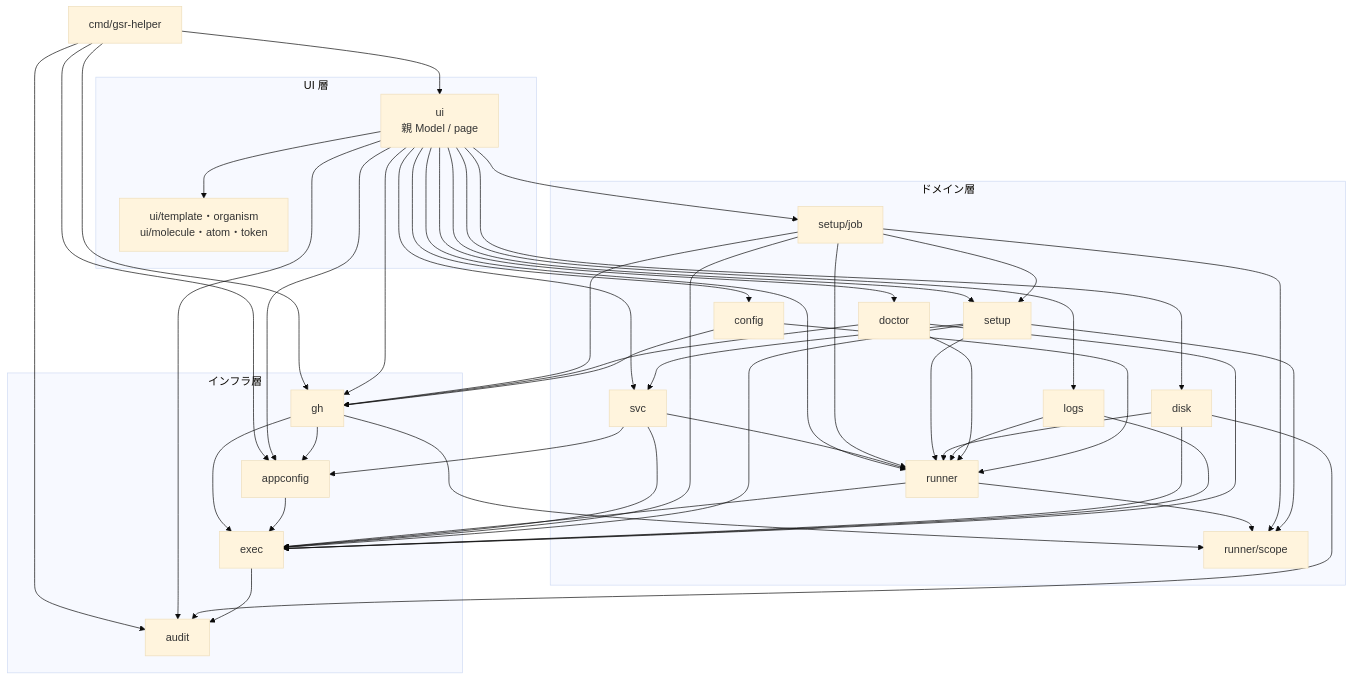
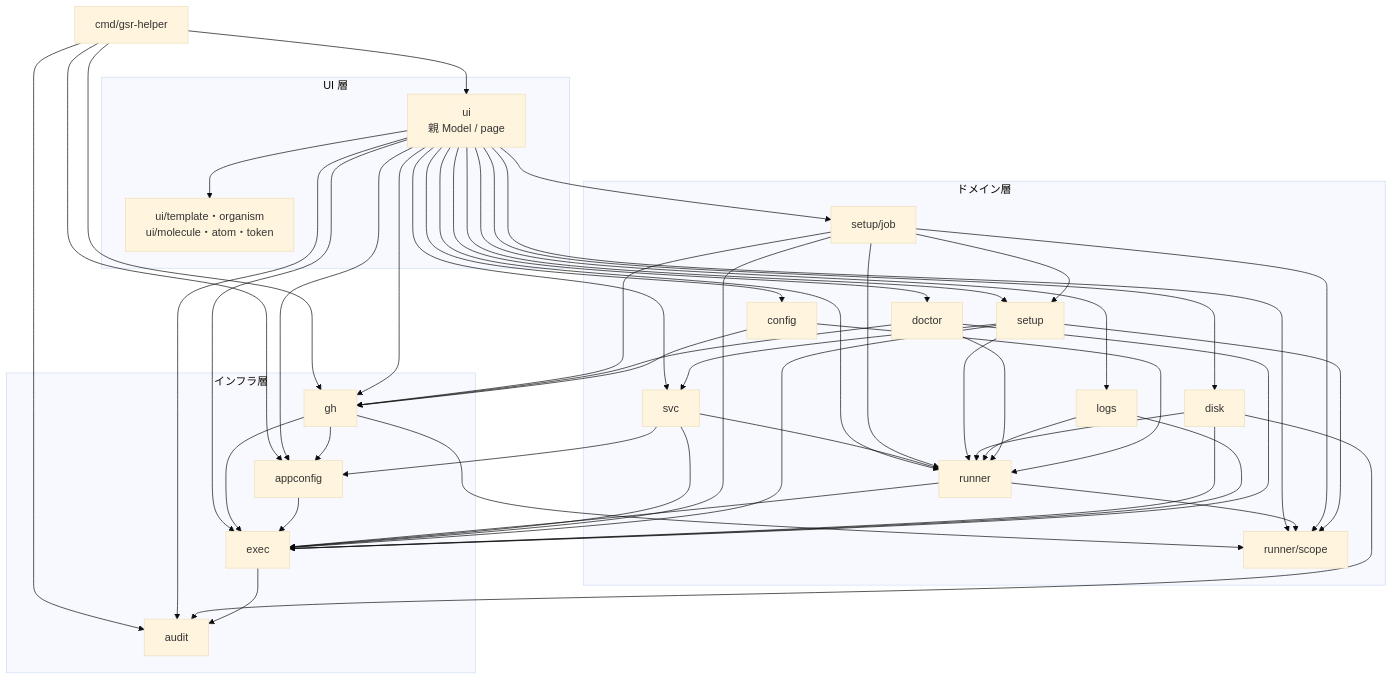
One commit to ousiassllc/gsr-helper changed the diagram in docs/components/overview.md. Above: the diagram before and after it, drawn with Mermaid (base theme). The commit also changed other lines of this file and 22 other files, not shown here.

````diff
--- a/docs/components/overview.md
+++ b/docs/components/overview.md
@@ -7,78 +7,80 @@
 ```mermaid
 graph TD
     Main[cmd/gsr-helper]
 
     subgraph UI[UI 層]
         UIApp[ui<br/>親 Model / page]
         UIParts[ui/template・organism<br/>ui/molecule・atom・token]
     end
 
     subgraph Domain[ドメイン層]
         Runner[runner]
         RScope[runner/scope]
         Svc[svc]
         Setup[setup]
         SetupJob[setup/job]
         Disk[disk]
         Logs[logs]
         Doctor[doctor]
         Config[config]
     end
 
     subgraph Infra[インフラ層]
         Exec[exec]
         GH[gh]
         Audit[audit]
         Appconf[appconfig]
     end
 
     Main --> UIApp
     Main --> Appconf
     Main --> Audit
     Main --> GH
 
     UIApp --> UIParts
 
     UIApp --> Runner
     UIApp --> Svc
     UIApp --> Setup
     UIApp --> SetupJob
     UIApp --> GH
     UIApp --> Disk
     UIApp --> Logs
     UIApp --> Doctor
     UIApp --> Config
     UIApp --> Appconf
     UIApp --> Audit
+    UIApp --> Exec
+    UIApp --> RScope
 
     Svc --> Runner
     Svc --> Appconf
     SetupJob --> Runner
     SetupJob --> Setup
     SetupJob --> GH
     Setup --> Runner
     Setup --> Svc
     Disk --> Runner
     Logs --> Runner
     Doctor --> Runner
     Doctor --> GH
     Config --> Runner
     Config --> GH
 
     Runner --> Exec
     Runner --> RScope
     Svc --> Exec
     SetupJob --> Exec
     SetupJob --> RScope
     Setup --> Exec
     Setup --> RScope
     Disk --> Exec
     Disk --> Audit
     Logs --> Exec
     Doctor --> Exec
     GH --> Exec
     GH --> RScope
     GH --> Appconf
     Appconf --> Exec
     Exec --> Audit
 ```
````
